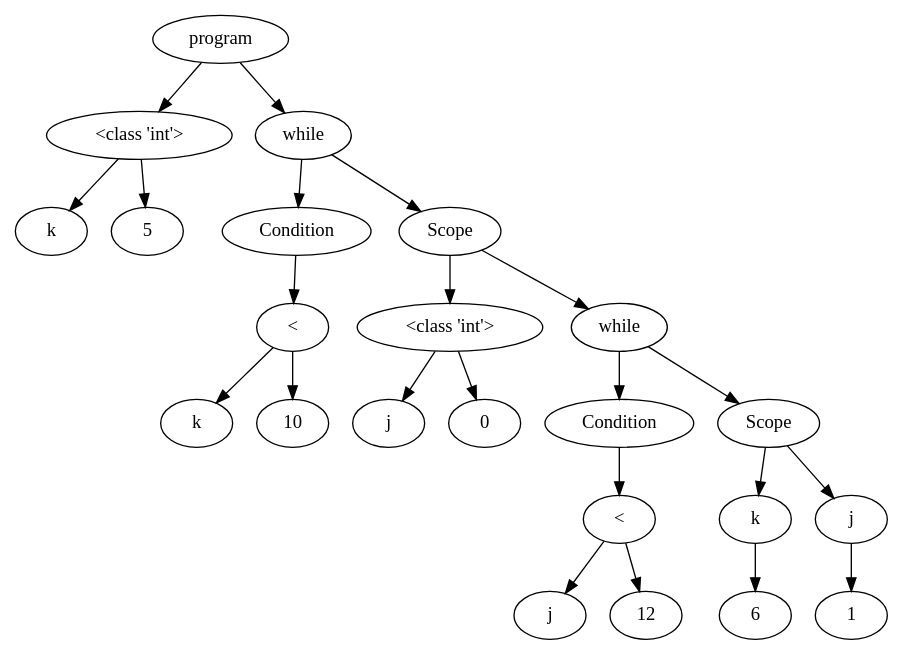
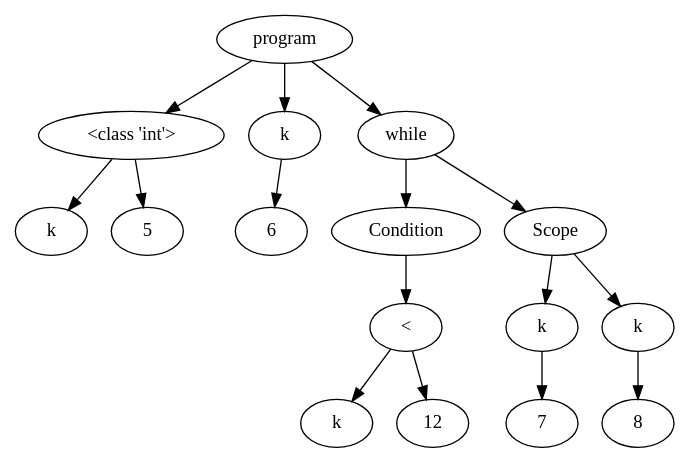
The diagram in OutputFiles/dotVisualization.dot (NielsVandenBroeck/COMP_Compiler), drawn with Graphviz before and after one commit. The commit also changed 5 other files, not shown here.

```diff
--- a/OutputFiles/dotVisualization.dot
+++ b/OutputFiles/dotVisualization.dot
@@ -1,59 +1,41 @@
 digraph G { 
-"<AST.AST object at 0x0000021DBFD01C70> (0)"[label="program"]
-"<AST.ASTDataType object at 0x0000021DBFD019A0> (1)"[label="<class 'int'>"]
-"<AST.AST object at 0x0000021DBFD01C70> (0)"->"<AST.ASTDataType object at 0x0000021DBFD019A0> (1)"
-"<AST.ASTDataType object at 0x0000021DBFD019A0> (1)"[label="<class 'int'>"]
-"<AST.ASTVariable object at 0x0000021DBFD01D90> (2)"[label="k"]
-"<AST.ASTDataType object at 0x0000021DBFD019A0> (1)"->"<AST.ASTVariable object at 0x0000021DBFD01D90> (2)"
-"<AST.AST object at 0x0000021DBFD01430> (2)"[label="5"]
-"<AST.ASTDataType object at 0x0000021DBFD019A0> (1)"->"<AST.AST object at 0x0000021DBFD01430> (2)"
-"<AST.ASTWhile object at 0x0000021DBFD01850> (1)"[label="while"]
-"<AST.AST object at 0x0000021DBFD01C70> (0)"->"<AST.ASTWhile object at 0x0000021DBFD01850> (1)"
-"<AST.ASTWhile object at 0x0000021DBFD01850> (1)"[label="while"]
-"<AST.ASTCondition object at 0x0000021DBFD01310> (2)"[label="Condition"]
-"<AST.ASTWhile object at 0x0000021DBFD01850> (1)"->"<AST.ASTCondition object at 0x0000021DBFD01310> (2)"
-"<AST.ASTCondition object at 0x0000021DBFD01310> (2)"[label="Condition"]
-"<AST.ASTOperator object at 0x0000021DBFD01880> (3)"[label="<"]
-"<AST.ASTCondition object at 0x0000021DBFD01310> (2)"->"<AST.ASTOperator object at 0x0000021DBFD01880> (3)"
-"<AST.ASTOperator object at 0x0000021DBFD01880> (3)"[label="<"]
-"<AST.ASTVariable object at 0x0000021DBFD01DC0> (4)"[label="k"]
-"<AST.ASTOperator object at 0x0000021DBFD01880> (3)"->"<AST.ASTVariable object at 0x0000021DBFD01DC0> (4)"
-"<AST.AST object at 0x0000021DBFD01EB0> (4)"[label="10"]
-"<AST.ASTOperator object at 0x0000021DBFD01880> (3)"->"<AST.AST object at 0x0000021DBFD01EB0> (4)"
-"<AST.ASTScope object at 0x0000021DBFD01C40> (2)"[label="Scope"]
-"<AST.ASTWhile object at 0x0000021DBFD01850> (1)"->"<AST.ASTScope object at 0x0000021DBFD01C40> (2)"
-"<AST.ASTScope object at 0x0000021DBFD01C40> (2)"[label="Scope"]
-"<AST.ASTDataType object at 0x0000021DBFD01D30> (3)"[label="<class 'int'>"]
-"<AST.ASTScope object at 0x0000021DBFD01C40> (2)"->"<AST.ASTDataType object at 0x0000021DBFD01D30> (3)"
-"<AST.ASTDataType object at 0x0000021DBFD01D30> (3)"[label="<class 'int'>"]
-"<AST.ASTVariable object at 0x0000021DBFD01E80> (4)"[label="j"]
-"<AST.ASTDataType object at 0x0000021DBFD01D30> (3)"->"<AST.ASTVariable object at 0x0000021DBFD01E80> (4)"
-"<AST.AST object at 0x0000021DBFD01940> (4)"[label="0"]
-"<AST.ASTDataType object at 0x0000021DBFD01D30> (3)"->"<AST.AST object at 0x0000021DBFD01940> (4)"
-"<AST.ASTWhile object at 0x0000021DBFD01CA0> (3)"[label="while"]
-"<AST.ASTScope object at 0x0000021DBFD01C40> (2)"->"<AST.ASTWhile object at 0x0000021DBFD01CA0> (3)"
-"<AST.ASTWhile object at 0x0000021DBFD01CA0> (3)"[label="while"]
-"<AST.ASTCondition object at 0x0000021DBFD01F70> (4)"[label="Condition"]
-"<AST.ASTWhile object at 0x0000021DBFD01CA0> (3)"->"<AST.ASTCondition object at 0x0000021DBFD01F70> (4)"
-"<AST.ASTCondition object at 0x0000021DBFD01F70> (4)"[label="Condition"]
-"<AST.ASTOperator object at 0x0000021DBFD01EE0> (5)"[label="<"]
-"<AST.ASTCondition object at 0x0000021DBFD01F70> (4)"->"<AST.ASTOperator object at 0x0000021DBFD01EE0> (5)"
-"<AST.ASTOperator object at 0x0000021DBFD01EE0> (5)"[label="<"]
-"<AST.ASTVariable object at 0x0000021DBFD01FD0> (6)"[label="j"]
-"<AST.ASTOperator object at 0x0000021DBFD01EE0> (5)"->"<AST.ASTVariable object at 0x0000021DBFD01FD0> (6)"
-"<AST.AST object at 0x0000021DBFD01DF0> (6)"[label="12"]
-"<AST.ASTOperator object at 0x0000021DBFD01EE0> (5)"->"<AST.AST object at 0x0000021DBFD01DF0> (6)"
-"<AST.ASTScope object at 0x0000021DBFD01A30> (4)"[label="Scope"]
-"<AST.ASTWhile object at 0x0000021DBFD01CA0> (3)"->"<AST.ASTScope object at 0x0000021DBFD01A30> (4)"
-"<AST.ASTScope object at 0x0000021DBFD01A30> (4)"[label="Scope"]
-"<AST.ASTVariable object at 0x0000021DBFD010A0> (5)"[label="k"]
-"<AST.ASTScope object at 0x0000021DBFD01A30> (4)"->"<AST.ASTVariable object at 0x0000021DBFD010A0> (5)"
-"<AST.ASTVariable object at 0x0000021DBFD010A0> (5)"[label="k"]
-"<AST.AST object at 0x0000021DBFD010D0> (6)"[label="6"]
-"<AST.ASTVariable object at 0x0000021DBFD010A0> (5)"->"<AST.AST object at 0x0000021DBFD010D0> (6)"
-"<AST.ASTVariable object at 0x0000021DBFD070A0> (5)"[label="j"]
-"<AST.ASTScope object at 0x0000021DBFD01A30> (4)"->"<AST.ASTVariable object at 0x0000021DBFD070A0> (5)"
-"<AST.ASTVariable object at 0x0000021DBFD070A0> (5)"[label="j"]
-"<AST.AST object at 0x0000021DBFD07040> (6)"[label="1"]
-"<AST.ASTVariable object at 0x0000021DBFD070A0> (5)"->"<AST.AST object at 0x0000021DBFD07040> (6)"
+"<AST.AST object at 0x000001FD141F0820> (0)"[label="program"]
+"<AST.ASTDataType object at 0x000001FD141F0490> (1)"[label="<class 'int'>"]
+"<AST.AST object at 0x000001FD141F0820> (0)"->"<AST.ASTDataType object at 0x000001FD141F0490> (1)"
+"<AST.ASTDataType object at 0x000001FD141F0490> (1)"[label="<class 'int'>"]
+"<AST.ASTVariable object at 0x000001FD141F0BB0> (2)"[label="k"]
+"<AST.ASTDataType object at 0x000001FD141F0490> (1)"->"<AST.ASTVariable object at 0x000001FD141F0BB0> (2)"
+"<AST.AST object at 0x000001FD141F08B0> (2)"[label="5"]
+"<AST.ASTDataType object at 0x000001FD141F0490> (1)"->"<AST.AST object at 0x000001FD141F08B0> (2)"
+"<AST.ASTVariable object at 0x000001FD141F09D0> (1)"[label="k"]
+"<AST.AST object at 0x000001FD141F0820> (0)"->"<AST.ASTVariable object at 0x000001FD141F09D0> (1)"
+"<AST.ASTVariable object at 0x000001FD141F09D0> (1)"[label="k"]
+"<AST.AST object at 0x000001FD141F0C40> (2)"[label="6"]
+"<AST.ASTVariable object at 0x000001FD141F09D0> (1)"->"<AST.AST object at 0x000001FD141F0C40> (2)"
+"<AST.ASTWhile object at 0x000001FD141F0E20> (1)"[label="while"]
+"<AST.AST object at 0x000001FD141F0820> (0)"->"<AST.ASTWhile object at 0x000001FD141F0E20> (1)"
+"<AST.ASTWhile object at 0x000001FD141F0E20> (1)"[label="while"]
+"<AST.ASTCondition object at 0x000001FD141F0A00> (2)"[label="Condition"]
+"<AST.ASTWhile object at 0x000001FD141F0E20> (1)"->"<AST.ASTCondition object at 0x000001FD141F0A00> (2)"
+"<AST.ASTCondition object at 0x000001FD141F0A00> (2)"[label="Condition"]
+"<AST.ASTOperator object at 0x000001FD141F0400> (3)"[label="<"]
+"<AST.ASTCondition object at 0x000001FD141F0A00> (2)"->"<AST.ASTOperator object at 0x000001FD141F0400> (3)"
+"<AST.ASTOperator object at 0x000001FD141F0400> (3)"[label="<"]
+"<AST.ASTVariable object at 0x000001FD141F0670> (4)"[label="k"]
+"<AST.ASTOperator object at 0x000001FD141F0400> (3)"->"<AST.ASTVariable object at 0x000001FD141F0670> (4)"
+"<AST.AST object at 0x000001FD141F0A30> (4)"[label="12"]
+"<AST.ASTOperator object at 0x000001FD141F0400> (3)"->"<AST.AST object at 0x000001FD141F0A30> (4)"
+"<AST.ASTScope object at 0x000001FD141F02E0> (2)"[label="Scope"]
+"<AST.ASTWhile object at 0x000001FD141F0E20> (1)"->"<AST.ASTScope object at 0x000001FD141F02E0> (2)"
+"<AST.ASTScope object at 0x000001FD141F02E0> (2)"[label="Scope"]
+"<AST.ASTVariable object at 0x000001FD141F0DF0> (3)"[label="k"]
+"<AST.ASTScope object at 0x000001FD141F02E0> (2)"->"<AST.ASTVariable object at 0x000001FD141F0DF0> (3)"
+"<AST.ASTVariable object at 0x000001FD141F0DF0> (3)"[label="k"]
+"<AST.AST object at 0x000001FD141F0D90> (4)"[label="7"]
+"<AST.ASTVariable object at 0x000001FD141F0DF0> (3)"->"<AST.AST object at 0x000001FD141F0D90> (4)"
+"<AST.ASTVariable object at 0x000001FD141F0D00> (3)"[label="k"]
+"<AST.ASTScope object at 0x000001FD141F02E0> (2)"->"<AST.ASTVariable object at 0x000001FD141F0D00> (3)"
+"<AST.ASTVariable object at 0x000001FD141F0D00> (3)"[label="k"]
+"<AST.AST object at 0x000001FD141F0640> (4)"[label="8"]
+"<AST.ASTVariable object at 0x000001FD141F0D00> (3)"->"<AST.AST object at 0x000001FD141F0640> (4)"
 }
```
